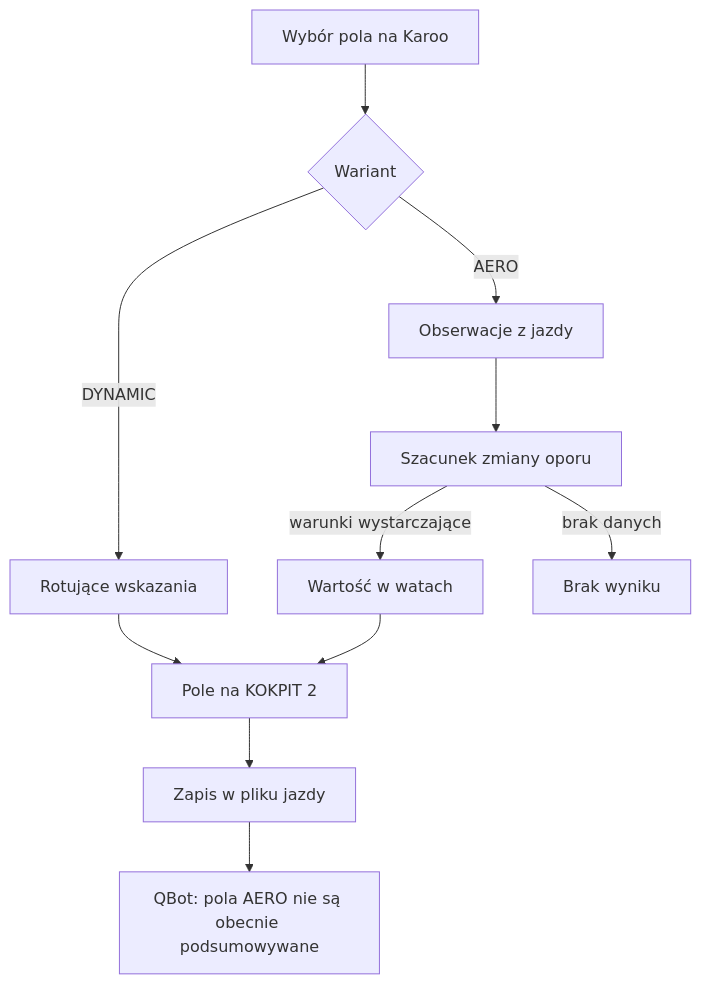
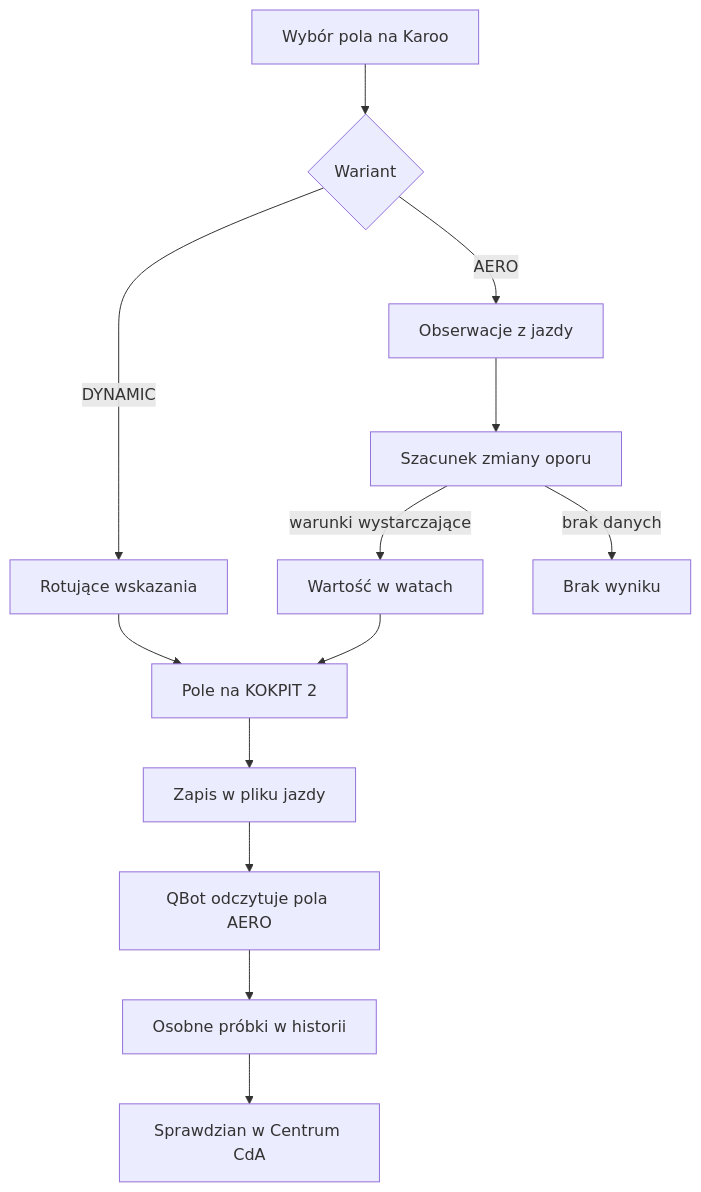
One commit to QbotMS/QbotQ changed the diagram in docs/wiki/qext2/pole-dynamiczne.md. Above: the diagram before and after it, drawn with Mermaid. The commit also changed other lines of this file and 153 other files, not shown here.

````diff
--- a/docs/wiki/qext2/pole-dynamiczne.md
+++ b/docs/wiki/qext2/pole-dynamiczne.md
@@ -44,13 +45,15 @@
 ```mermaid
 flowchart TD
   Wybor[Wybór pola na Karoo] --> Tryb{Wariant}
   Tryb -->|DYNAMIC| Rotacja[Rotujące wskazania]
   Tryb -->|AERO| Obserwacje[Obserwacje z jazdy]
   Obserwacje --> Ocena[Szacunek zmiany oporu]
   Ocena -->|warunki wystarczające| Wynik[Wartość w watach]
   Ocena -->|brak danych| Brak[Brak wyniku]
   Rotacja --> Ekran[Pole na KOKPIT 2]
   Wynik --> Ekran
   Ekran --> Plik[Zapis w pliku jazdy]
-  Plik --> QBot[QBot: pola AERO nie są obecnie podsumowywane]
+  Plik --> Odczyt[QBot odczytuje pola AERO]
+  Odczyt --> Archiwum[Osobne próbki w historii]
+  Archiwum --> Porownanie[Sprawdzian w Centrum CdA]
 ```
````
